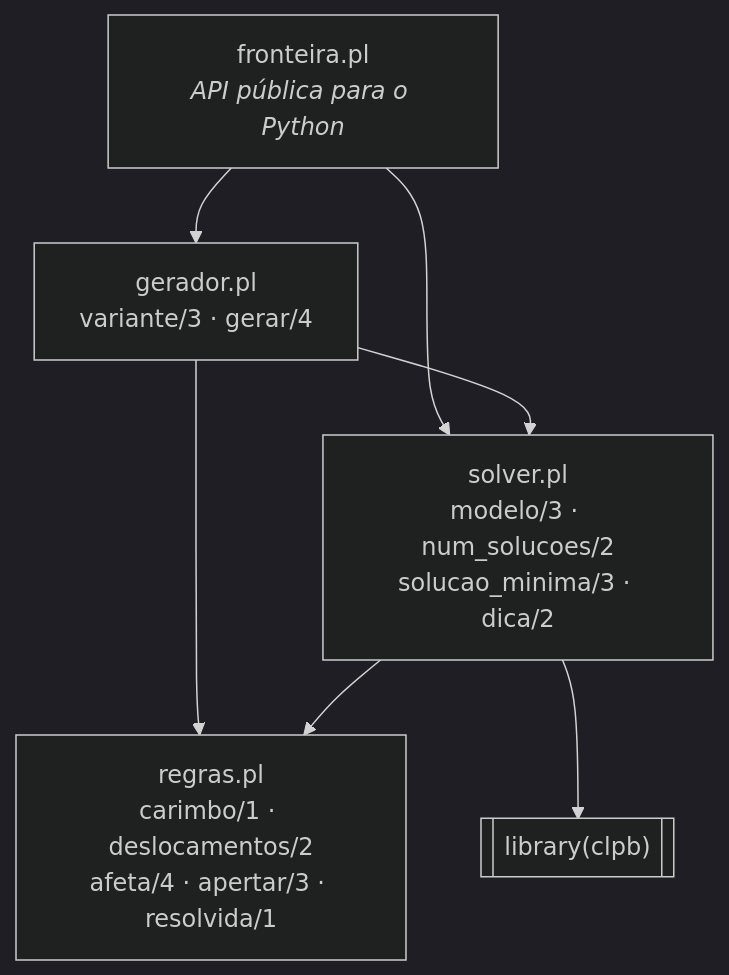
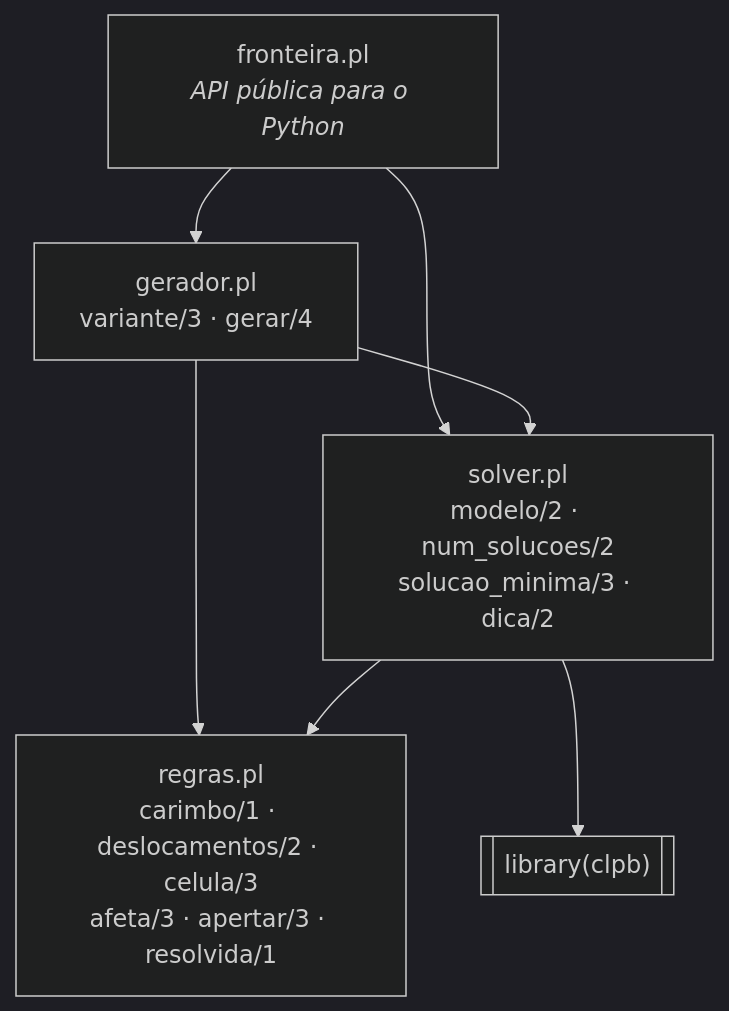
One commit to Arthrok/paradigmas-t1 changed the diagram in docs/design-prolog.md. Above: the diagram before and after it, drawn with Mermaid (dark theme). The commit also changed other lines of this file and 8 other files, not shown here.

````diff
--- a/docs/design-prolog.md
+++ b/docs/design-prolog.md
@@ -8,15 +8,15 @@
 ```mermaid
 flowchart TD
     F["fronteira.pl<br/><i>API pública para o Python</i>"]
     G["gerador.pl<br/>variante/3 · gerar/4"]
-    S["solver.pl<br/>modelo/3 · num_solucoes/2<br/>solucao_minima/3 · dica/2"]
-    R["regras.pl<br/>carimbo/1 · deslocamentos/2<br/>afeta/4 · apertar/3 · resolvida/1"]
+    S["solver.pl<br/>modelo/2 · num_solucoes/2<br/>solucao_minima/3 · dica/2"]
+    R["regras.pl<br/>carimbo/1 · deslocamentos/2 · celula/3<br/>afeta/3 · apertar/3 · resolvida/1"]
     CLPB[["library(clpb)"]]
 
     F --> G
     F --> S
     G --> S
     G --> R
     S --> R
     S --> CLPB
 ```
````
